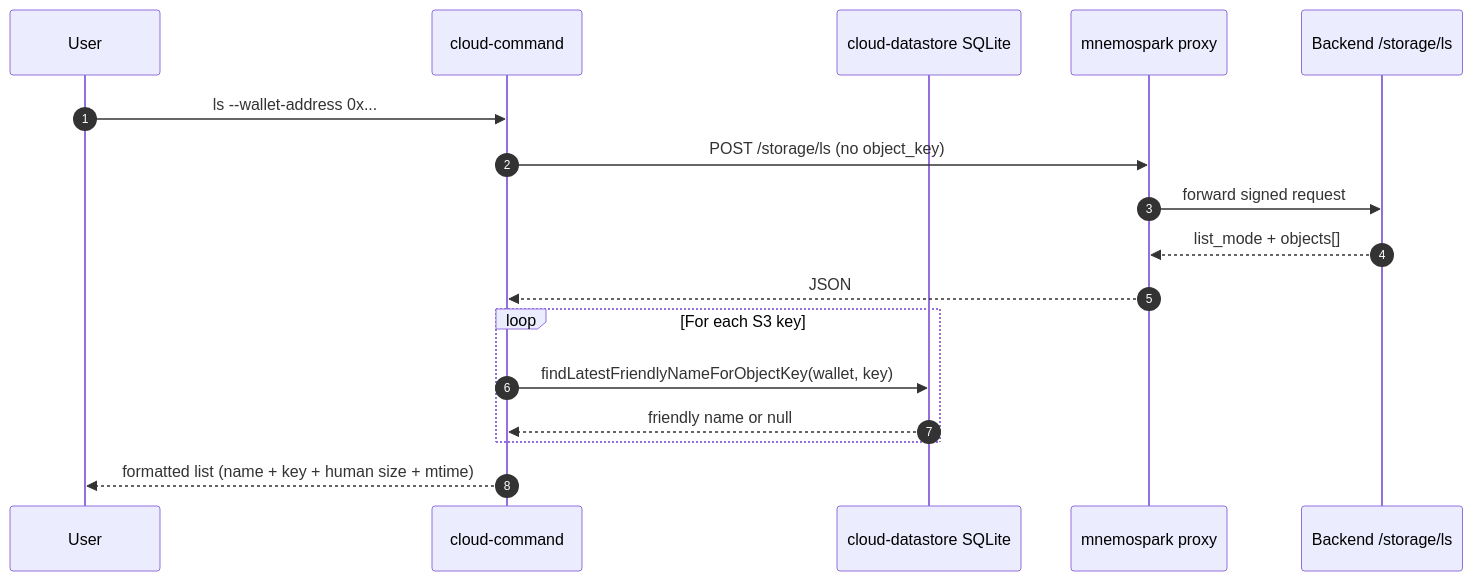
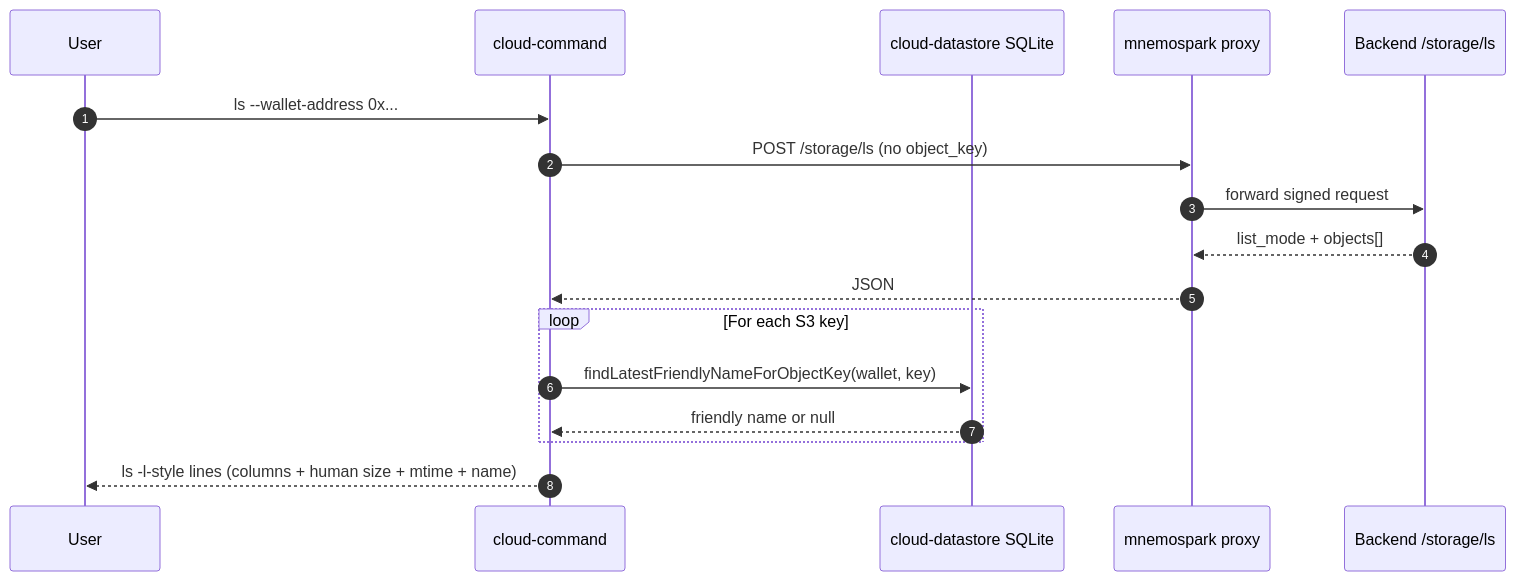
The diagram in dev_docs/features_cursor_dev/cursor-dev-49-mnemospark-client-storage-ls-list-friendly-names.md (pawlsclick/mnemospark-docs), drawn with Mermaid before and after one commit. The commit also changed other lines of this file and 1 other file, not shown here.

````diff
--- a/dev_docs/features_cursor_dev/cursor-dev-49-mnemospark-client-storage-ls-list-friendly-names.md
+++ b/dev_docs/features_cursor_dev/cursor-dev-49-mnemospark-client-storage-ls-list-friendly-names.md
@@ -107,20 +134,20 @@
 ```mermaid
 sequenceDiagram
   autonumber
   participant User
   participant Cmd as cloud-command
   participant DS as cloud-datastore SQLite
   participant Proxy as mnemospark proxy
   participant API as Backend /storage/ls
 
   User->>Cmd: ls --wallet-address 0x...
   Cmd->>Proxy: POST /storage/ls (no object_key)
   Proxy->>API: forward signed request
   API-->>Proxy: list_mode + objects[]
   Proxy-->>Cmd: JSON
   loop For each S3 key
     Cmd->>DS: findLatestFriendlyNameForObjectKey(wallet, key)
     DS-->>Cmd: friendly name or null
   end
-  Cmd-->>User: formatted list (name + key + human size + mtime)
+  Cmd-->>User: ls -l-style lines (columns + human size + mtime + name)
 ```
````
